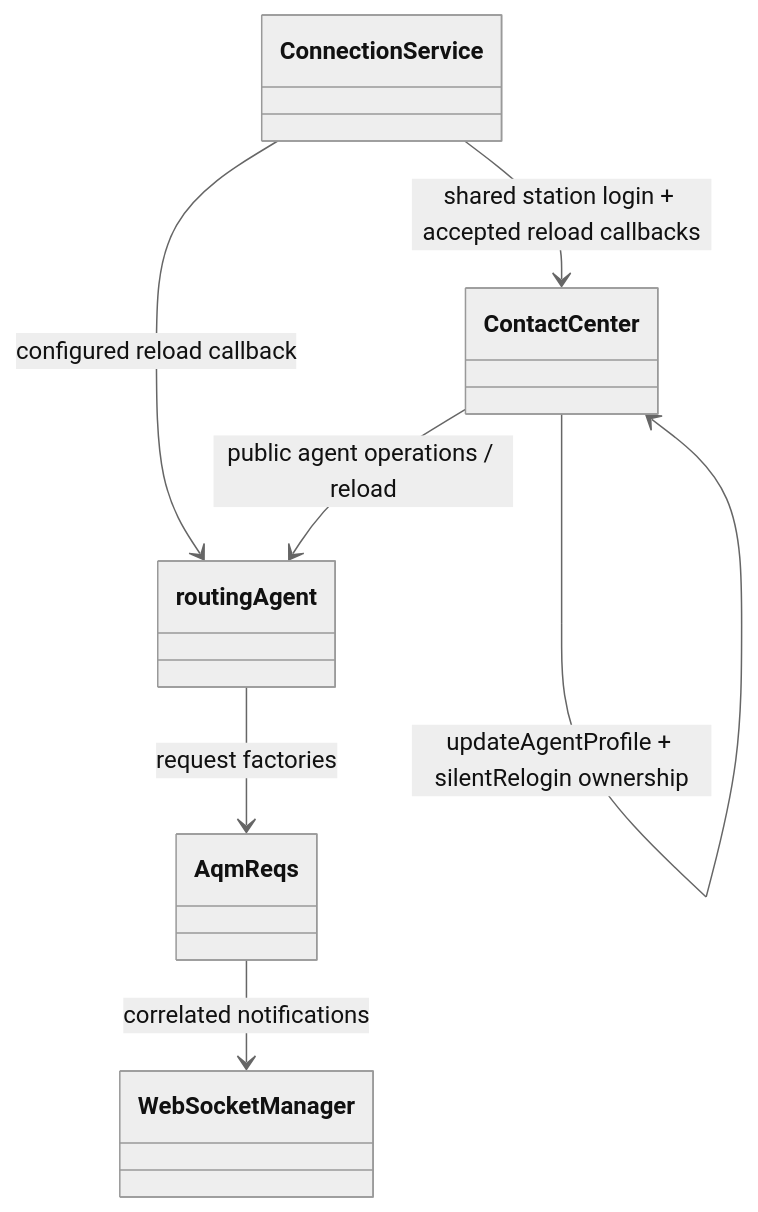
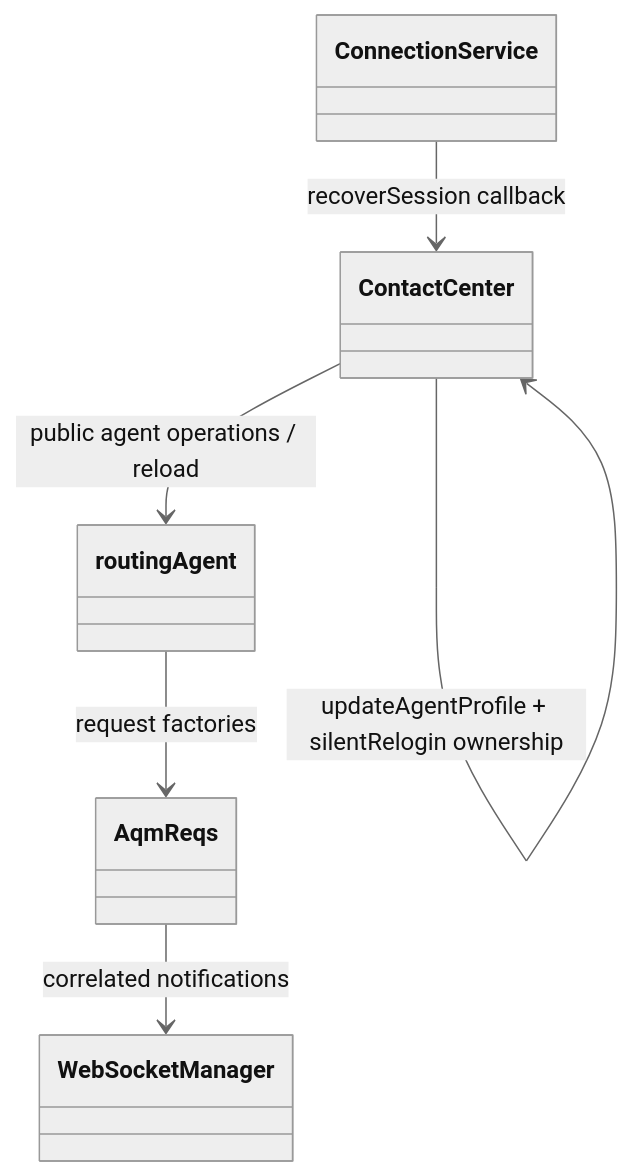
The seventh of 7 diagrams in packages/@webex/contact-center/src/services/agent/docs/README.md (webex/webex-js-sdk), drawn with Mermaid (neutral theme) before and after one commit. The commit also changed other lines of this file and 15 other files, not shown here.

Commit message:
refactor(contact-center): simplify recovery callbacks and guards

````diff
--- a/packages/@webex/contact-center/src/services/agent/docs/README.md
+++ b/packages/@webex/contact-center/src/services/agent/docs/README.md
@@ -563,14 +563,13 @@
 ```mermaid
 classDiagram
   class ContactCenter
   class ConnectionService
   class routingAgent
   class AqmReqs
   class WebSocketManager
   ContactCenter --> routingAgent : public agent operations / reload
-  ConnectionService --> routingAgent : configured reload callback
-  ConnectionService --> ContactCenter : shared station login + accepted reload callbacks
+  ConnectionService --> ContactCenter : recoverSession callback
   routingAgent --> AqmReqs : request factories
   AqmReqs --> WebSocketManager : correlated notifications
   ContactCenter --> ContactCenter : updateAgentProfile + silentRelogin ownership
 ```
````
